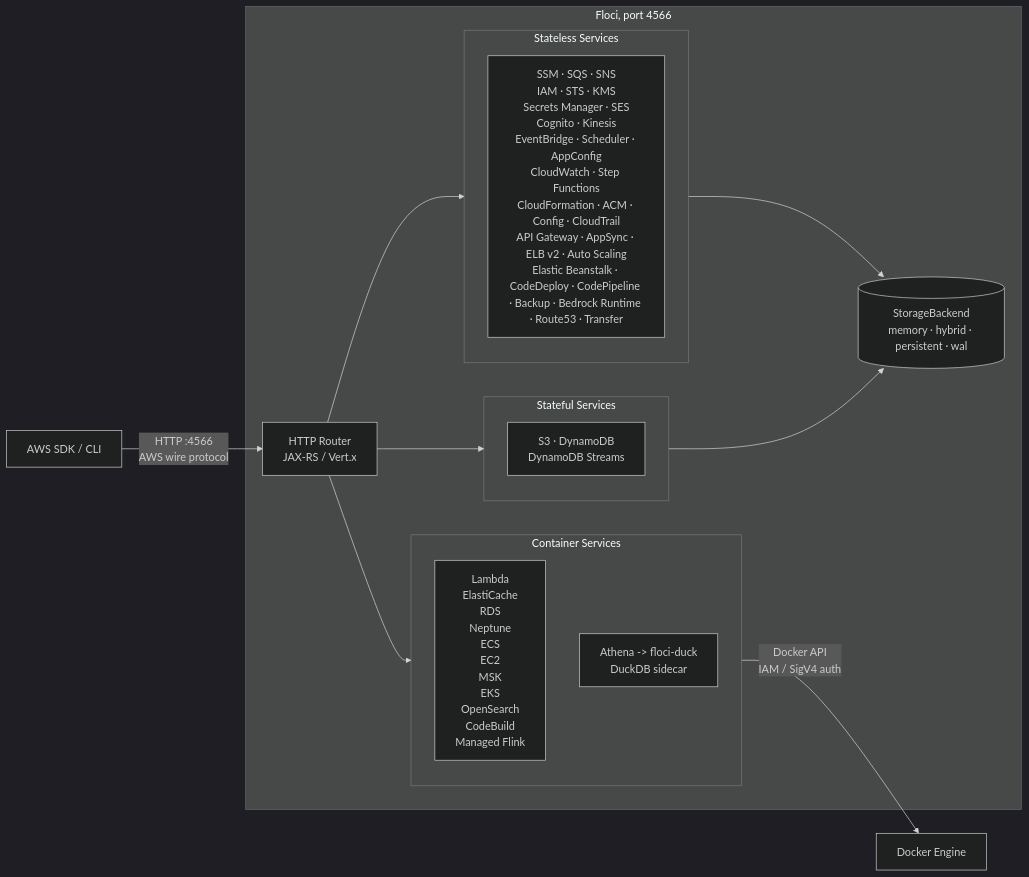
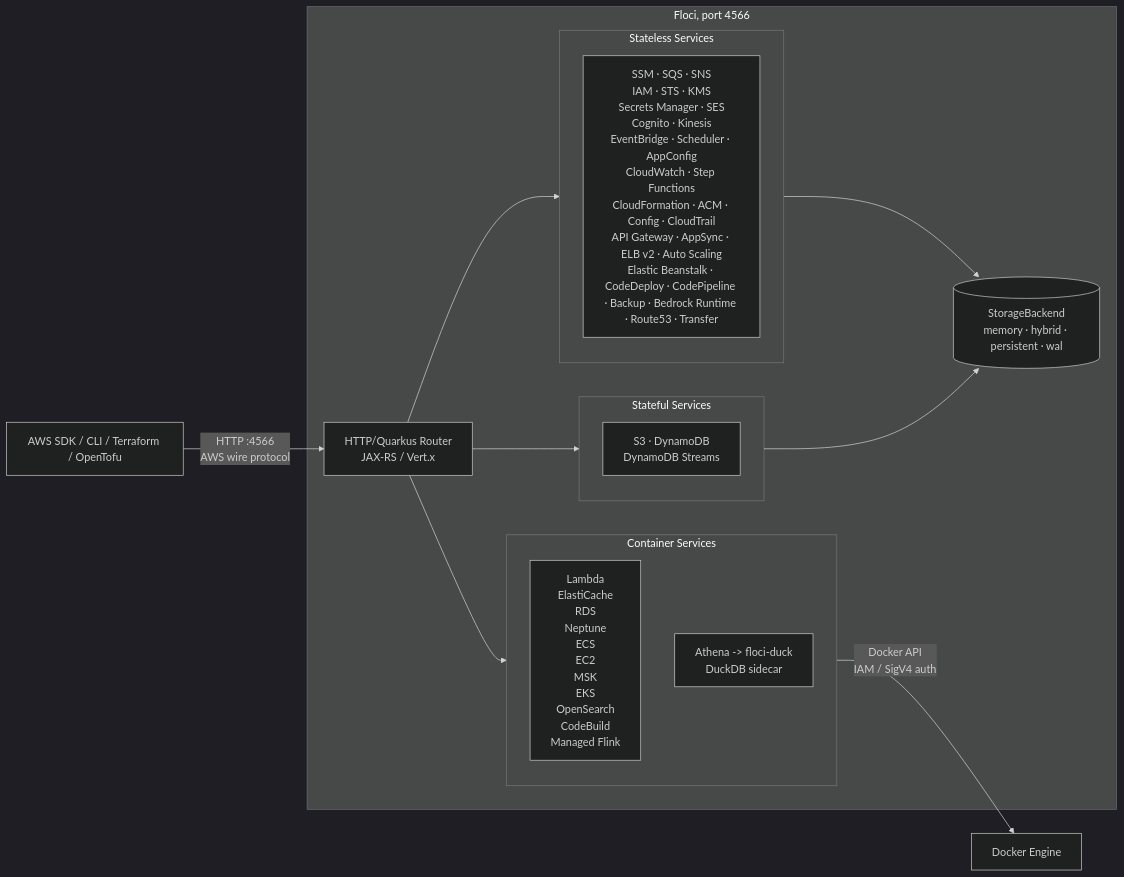
Before and after one commit to govindthange/playbooks: the diagram in kubernetes/simulating-aws-with-floci-terraform/README.md, drawn with Mermaid (dark theme). The commit also changed other lines of this file, not shown here.

Commit message:
Add architecture details to Floci

````diff
--- a/kubernetes/simulating-aws-with-floci-terraform/README.md
+++ b/kubernetes/simulating-aws-with-floci-terraform/README.md
@@ -5,30 +53,30 @@
 ```mermaid
 flowchart LR
-    Client["AWS SDK / CLI"]
+    Client["AWS SDK / CLI / Terraform / OpenTofu"]
 
     subgraph Floci ["Floci, port 4566"]
-        Router["HTTP Router\nJAX-RS / Vert.x"]
+        Router["HTTP/Quarkus Router\nJAX-RS / Vert.x"]
 
         subgraph Stateless ["Stateless Services"]
             A["SSM · SQS · SNS\nIAM · STS · KMS\nSecrets Manager · SES\nCognito · Kinesis\nEventBridge · Scheduler · AppConfig\nCloudWatch · Step Functions\nCloudFormation · ACM · Config · CloudTrail\nAPI Gateway · AppSync · ELB v2 · Auto Scaling\nElastic Beanstalk · CodeDeploy · CodePipeline · Backup · Bedrock Runtime · Route53 · Transfer"]
         end
 
         subgraph Stateful ["Stateful Services"]
             B["S3 · DynamoDB\nDynamoDB Streams"]
         end
 
         subgraph Containers ["Container Services"]
             C["Lambda\nElastiCache\nRDS\nNeptune\nECS\nEC2\nMSK\nEKS\nOpenSearch\nCodeBuild\nManaged Flink"]
             D["Athena -> floci-duck\nDuckDB sidecar"]
         end
 
         Router --> Stateless
         Router --> Stateful
         Router --> Containers
         Stateless & Stateful --> Store[("StorageBackend\nmemory · hybrid · persistent · wal")]
     end
 
     Docker["Docker Engine"]
     Client -->|"HTTP :4566\nAWS wire protocol"| Router
     Containers -->|"Docker API\nIAM / SigV4 auth"| Docker
 ```
````
